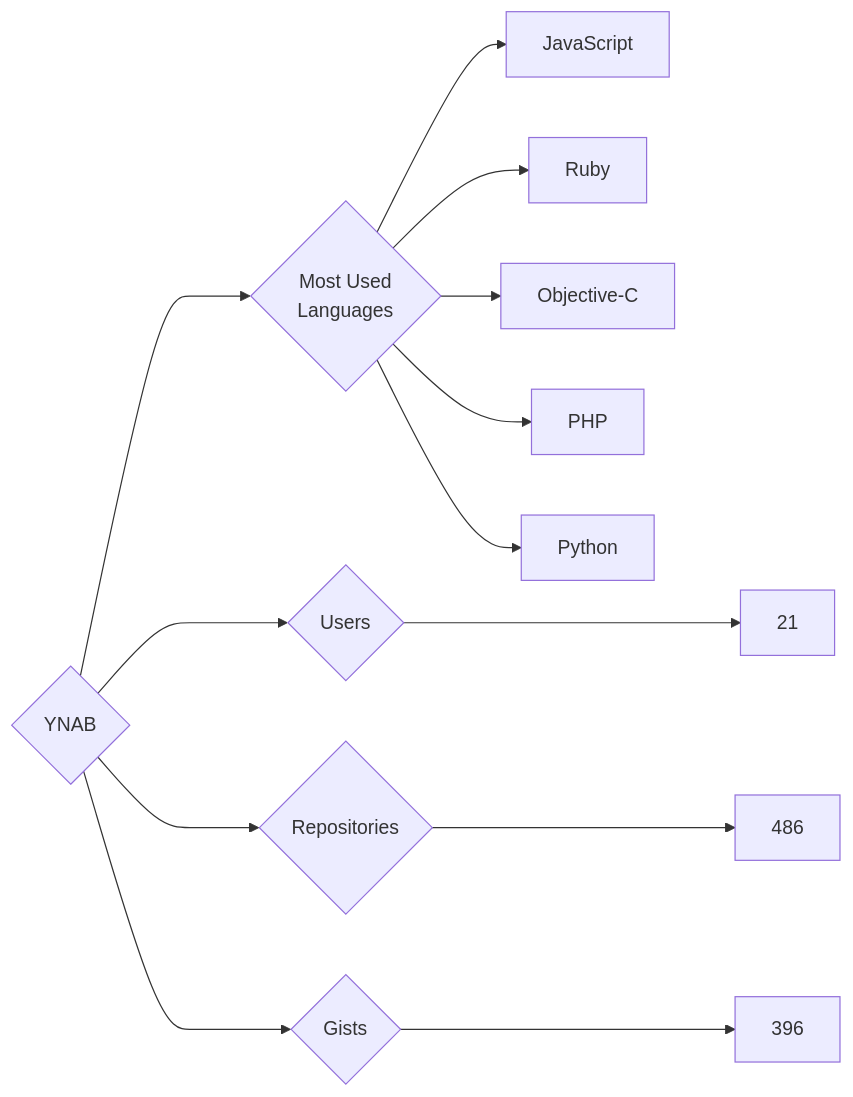
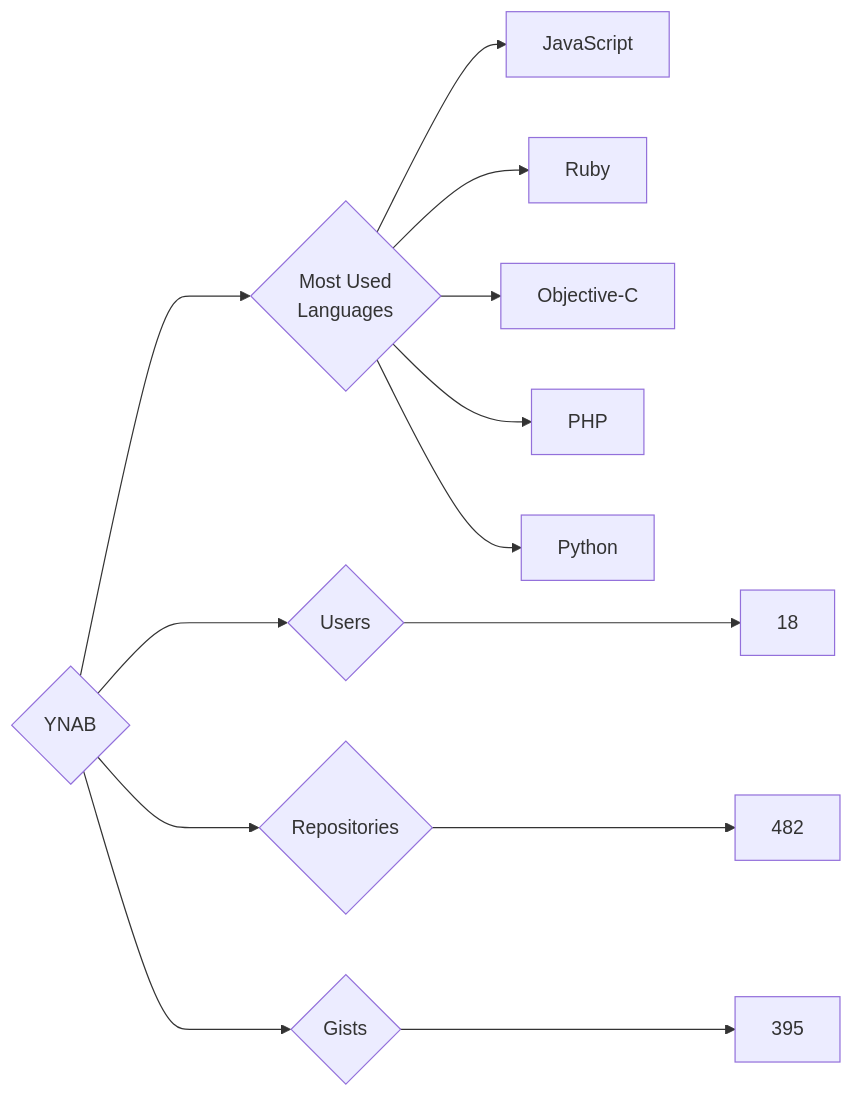
The diagram in targets/YNAB/README.md (trickest/insiders), drawn with Mermaid before and after one commit. The commit also changed 1248 other files, not shown here.

````diff
--- a/targets/YNAB/README.md
+++ b/targets/YNAB/README.md
@@ -3,13 +3,13 @@
 ```mermaid
 graph LR
 COMPANY_NAME{YNAB}
-COMPANY_NAME ---> U{Users} ---> UN[21]
-COMPANY_NAME ---> R{Repositories} ---> RN[486]
-COMPANY_NAME ---> G{Gists} ---> GN[396]
+COMPANY_NAME ---> U{Users} ---> UN[18]
+COMPANY_NAME ---> R{Repositories} ---> RN[482]
+COMPANY_NAME ---> G{Gists} ---> GN[395]
 COMPANY_NAME ---> ML{Most Used<br>Languages}
 ML --> JavaScript[JavaScript]
 ML --> Ruby[Ruby]
 ML --> Objective-C[Objective-C]
 ML --> PHP[PHP]
 ML --> Python[Python]
 ```
````
